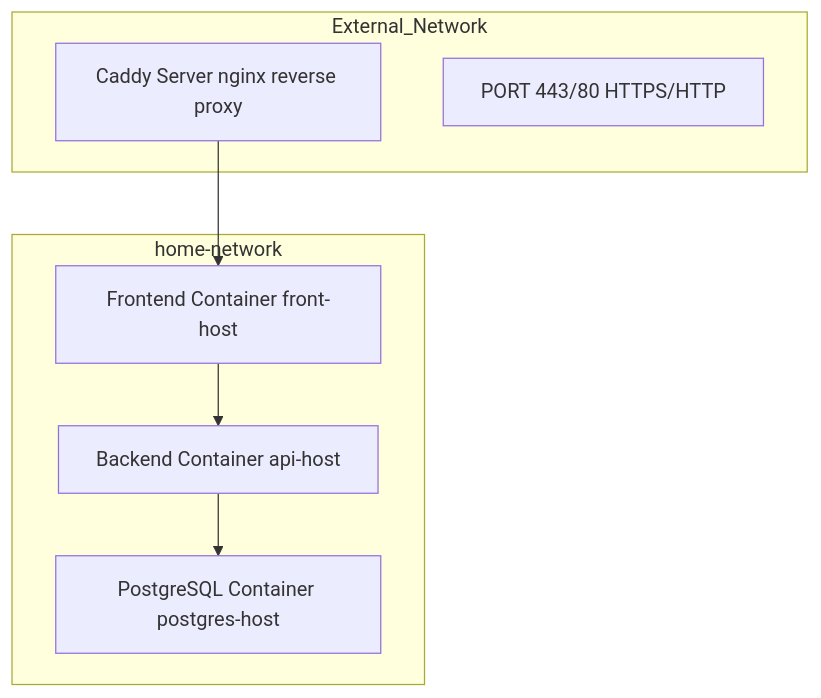
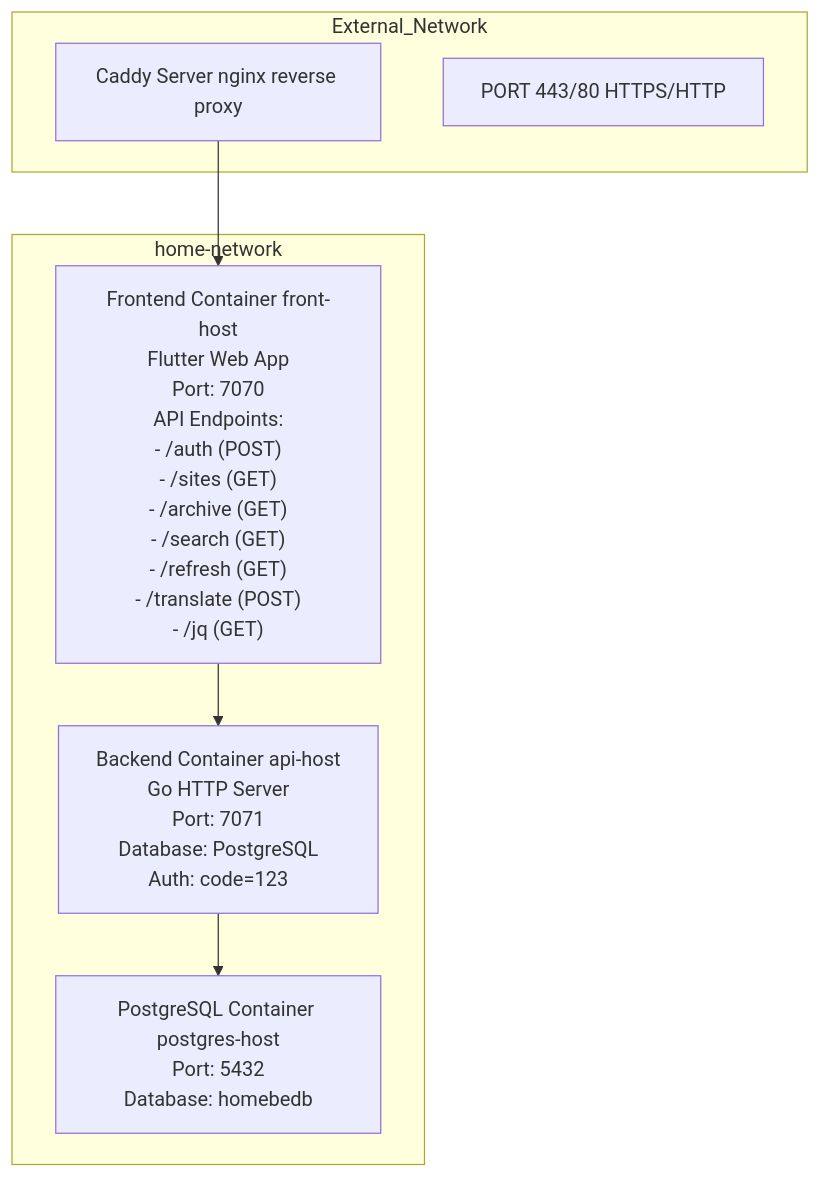
Before and after one commit to janevala/home_fe: the diagram in DOC.md, drawn with Mermaid. The commit also changed other lines of this file, not shown here.

````diff
--- a/DOC.md
+++ b/DOC.md
@@ -46,17 +46,17 @@
 ```mermaid
 graph TB
     subgraph External_Network
         A["Caddy Server nginx reverse proxy"]
         B["PORT 443/80 HTTPS/HTTP"]
     end
     
     subgraph Docker_Network["home-network"]
-        D["Frontend Container front-host"]
-        C["Backend Container api-host"]
-        E["PostgreSQL Container postgres-host"]
+        D["Frontend Container front-host<br/>Flutter Web App<br/>Port: 7070<br/>API Endpoints:<br/>- /auth (POST)<br/>- /sites (GET)<br/>- /archive (GET)<br/>- /search (GET)<br/>- /refresh (GET)<br/>- /translate (POST)<br/>- /jq (GET)"]
+        C["Backend Container api-host<br/>Go HTTP Server<br/>Port: 7071<br/>Database: PostgreSQL<br/>Auth: code=123"]
+        E["PostgreSQL Container postgres-host<br/>Port: 5432<br/>Database: homebedb"]
     end
     
     A --> D
     D --> C
     C --> E
 ```
````
